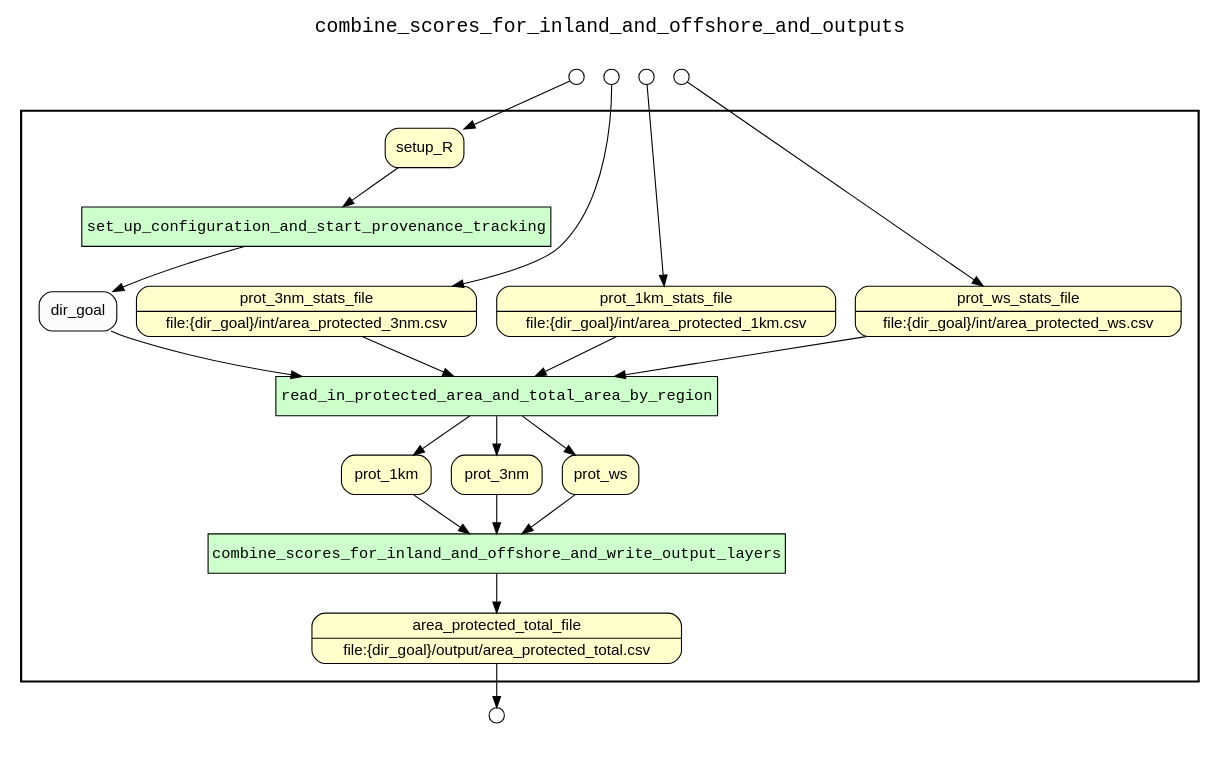
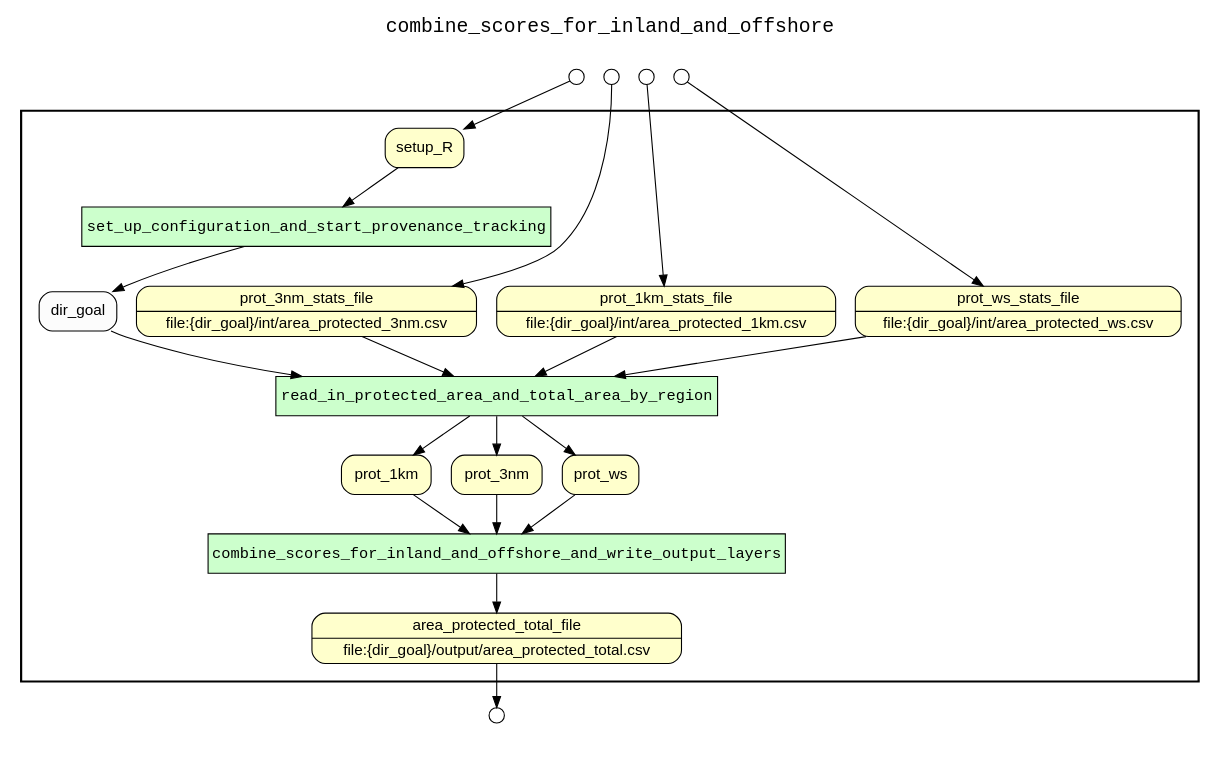
One commit to sycao5/runManager-multipleRuns changed the diagram in examples/OHIBC_Howe_Sound/yw prospective figures only/results/combine_inland_and_offshore_complete_wf_graph_uri.gv. Above: the diagram before and after it, drawn with Graphviz. The commit also changed 41 other files, not shown here.

Commit message:
Change the YW top-level WF name the same as the script name. The top-level YW tag is used as title of WF graphs.

```diff
--- a/examples/OHIBC_Howe_Sound/yw prospective figures only/results/combine_inland_and_offshore_complete_wf_graph_uri.gv
+++ b/examples/OHIBC_Howe_Sound/yw prospective figures only/results/combine_inland_and_offshore_complete_wf_graph_uri.gv
@@ -1,54 +1,54 @@
 digraph Workflow {
 rankdir=TB
 fontname=Courier; fontsize=18; labelloc=t
-label=combine_scores_for_inland_and_offshore_and_outputs
+label=combine_scores_for_inland_and_offshore
 subgraph cluster_workflow_box_outer { label=""; color=black; penwidth=2
 subgraph cluster_workflow_box_inner { label=""; color=white
 node[shape=box style=filled fillcolor="#CCFFCC" peripheries=1 fontname=Courier]
 set_up_configuration_and_start_provenance_tracking
 read_in_protected_area_and_total_area_by_region
 combine_scores_for_inland_and_offshore_and_write_output_layers
 node[shape=box style="rounded,filled" fillcolor="#FFFFCC" peripheries=1 fontname=Helvetica]
 area_protected_total_file [shape=record rankdir=LR label="{<f0> area_protected_total_file |<f1> file\:\{dir_goal\}/output/area_protected_total.csv}"];
 setup_R
 prot_3nm_stats_file [shape=record rankdir=LR label="{<f0> prot_3nm_stats_file |<f1> file\:\{dir_goal\}/int/area_protected_3nm.csv}"];
 prot_1km_stats_file [shape=record rankdir=LR label="{<f0> prot_1km_stats_file |<f1> file\:\{dir_goal\}/int/area_protected_1km.csv}"];
 prot_ws_stats_file [shape=record rankdir=LR label="{<f0> prot_ws_stats_file |<f1> file\:\{dir_goal\}/int/area_protected_ws.csv}"];
 prot_1km
 prot_3nm
 prot_ws
 node[shape=box style="rounded,filled" fillcolor="#FCFCFC" peripheries=1 fontname=Helvetica]
 dir_goal
 set_up_configuration_and_start_provenance_tracking -> dir_goal
 setup_R -> set_up_configuration_and_start_provenance_tracking
 read_in_protected_area_and_total_area_by_region -> prot_3nm
 read_in_protected_area_and_total_area_by_region -> prot_1km
 read_in_protected_area_and_total_area_by_region -> prot_ws
 dir_goal -> read_in_protected_area_and_total_area_by_region
 prot_3nm_stats_file -> read_in_protected_area_and_total_area_by_region
 prot_1km_stats_file -> read_in_protected_area_and_total_area_by_region
 prot_ws_stats_file -> read_in_protected_area_and_total_area_by_region
 combine_scores_for_inland_and_offshore_and_write_output_layers -> area_protected_total_file
 prot_1km -> combine_scores_for_inland_and_offshore_and_write_output_layers
 prot_3nm -> combine_scores_for_inland_and_offshore_and_write_output_layers
 prot_ws -> combine_scores_for_inland_and_offshore_and_write_output_layers
 }}
 subgraph cluster_input_ports_group_outer { label=""; color=white
 subgraph cluster_input_ports_group_inner { label=""; color=white
 node[shape=circle style="rounded,filled" fillcolor="#FFFFFF" peripheries=1 fontname=Helvetica width=0.2]
 setup_R_input_port [label=""]
 prot_3nm_stats_file_input_port [label=""]
 prot_1km_stats_file_input_port [label=""]
 prot_ws_stats_file_input_port [label=""]
 }}
 subgraph cluster_output_ports_group_outer { label=""; color=white
 subgraph cluster_output_ports_group_inner { label=""; color=white
 node[shape=circle style="rounded,filled" fillcolor="#FFFFFF" peripheries=1 fontname=Helvetica width=0.2]
 area_protected_total_file_output_port [label=""]
 }}
 setup_R_input_port -> setup_R
 prot_3nm_stats_file_input_port -> prot_3nm_stats_file
 prot_1km_stats_file_input_port -> prot_1km_stats_file
 prot_ws_stats_file_input_port -> prot_ws_stats_file
 area_protected_total_file -> area_protected_total_file_output_port
 }
```
